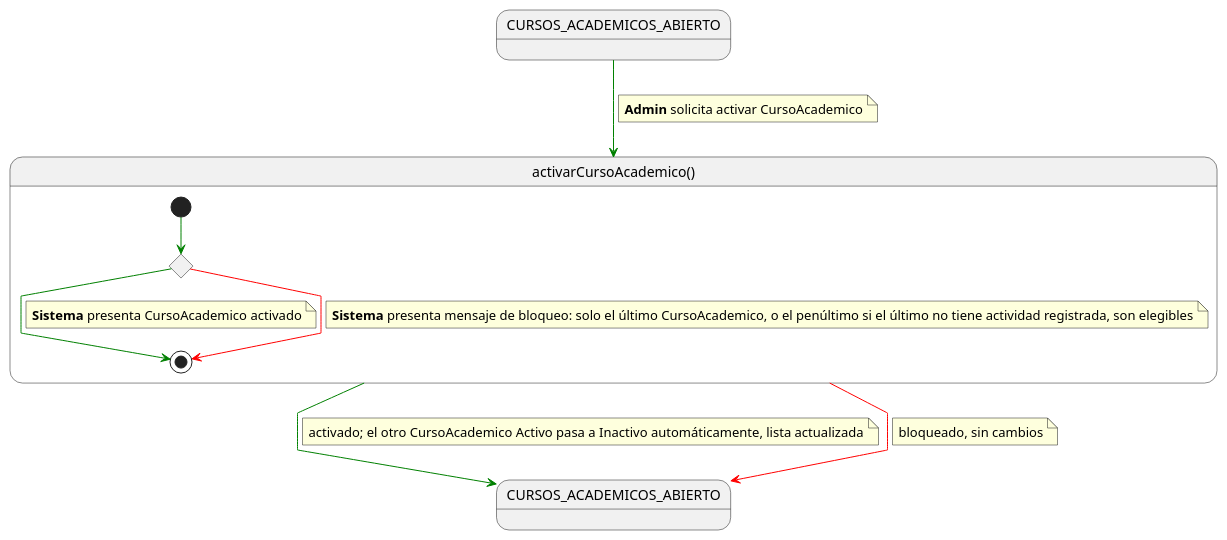
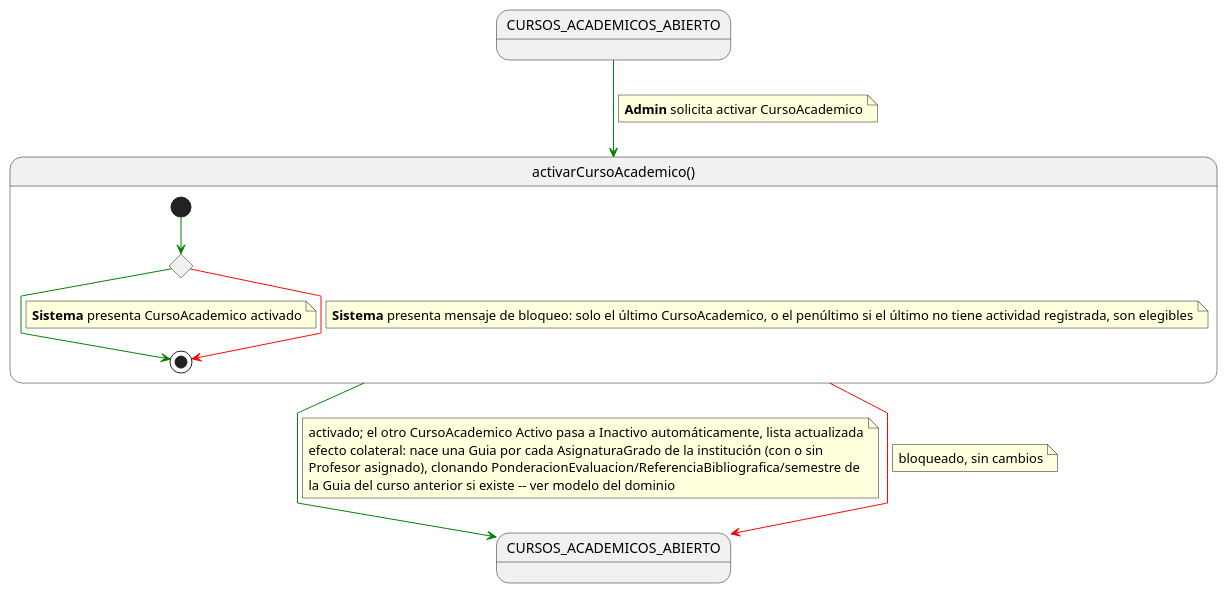
The diagram in RUP/01-requisitos/03-detalle-casos-uso/activarCursoAcademico/especificacion.puml (mmasias/pyCeldaPublico), drawn with PlantUML before and after one commit. The commit also changed 57 other files, not shown here.

First line of the commit message:
feat(catalogo): abrirPanelAdministracion() + resuelve completarGestion() en los tres diagramas de contexto

```diff
--- a/RUP/01-requisitos/03-detalle-casos-uso/activarCursoAcademico/especificacion.puml
+++ b/RUP/01-requisitos/03-detalle-casos-uso/activarCursoAcademico/especificacion.puml
@@ -1,40 +1,43 @@
 @startuml activarCursoAcademico
 
 skinparam linetype polyline
 
 state CURSOS_ACADEMICOS_ABIERTO
 state CURSOS_ACADEMICOS_ABIERTOS_SALIDA as "CURSOS_ACADEMICOS_ABIERTO"
 
 CURSOS_ACADEMICOS_ABIERTO -[#green]-> activarCursoAcademico
 note on link
 <b>Admin</b> solicita activar CursoAcademico
 end note
 
 state activarCursoAcademico as "activarCursoAcademico()" {
 
     state c <<choice>>
 
     [*] -[#green]-> c
 
     c -[#green]-> [*]
     note on link
     <b>Sistema</b> presenta CursoAcademico activado
     end note
 
     c -[#red]-> [*]
     note on link
     <b>Sistema</b> presenta mensaje de bloqueo: solo el último CursoAcademico, o el penúltimo si el último no tiene actividad registrada, son elegibles
     end note
 }
 
 activarCursoAcademico -[#green]-> CURSOS_ACADEMICOS_ABIERTOS_SALIDA
 note on link
 activado; el otro CursoAcademico Activo pasa a Inactivo automáticamente, lista actualizada
+efecto colateral: nace una Guia por cada AsignaturaGrado de la institución (con o sin
+Profesor asignado), clonando PonderacionEvaluacion/ReferenciaBibliografica/semestre de
+la Guia del curso anterior si existe -- ver modelo del dominio
 end note
 
 activarCursoAcademico -[#red]-> CURSOS_ACADEMICOS_ABIERTOS_SALIDA
 note on link
 bloqueado, sin cambios
 end note
 
 @enduml
```
